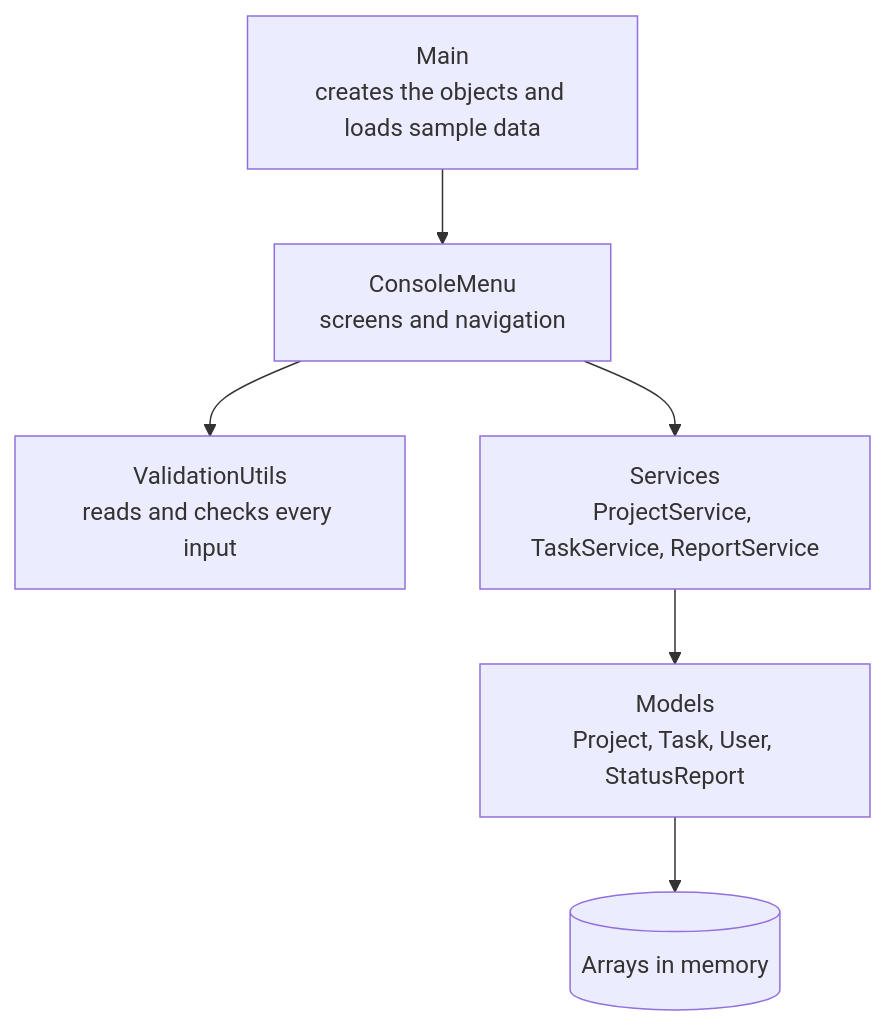
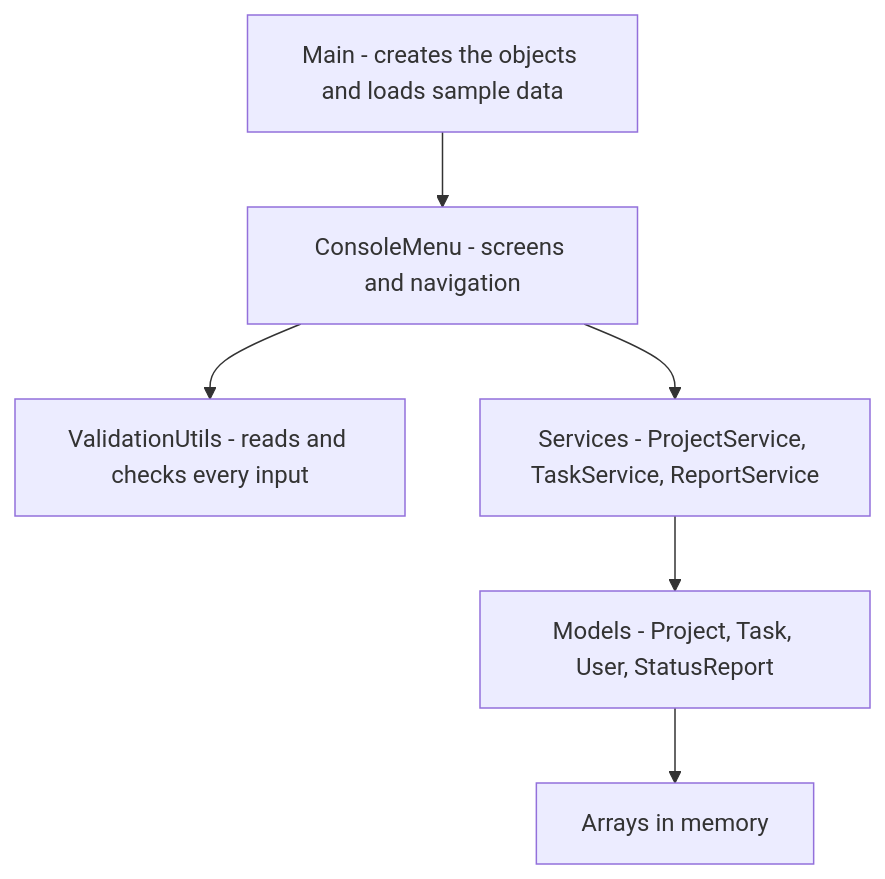
The first of 6 diagrams in README.md (josephus-mupanda/task-management-system-v2), drawn with Mermaid before and after one commit. The commit also changed other lines of this file and 1 other file, not shown here.

Commit message:
docs: simplify diagrams for github rendering

````diff
--- a/README.md
+++ b/README.md
@@ -43,8 +43,8 @@
 ```mermaid
 flowchart TD
-    A["Main<br/>creates the objects and loads sample data"] --> B["ConsoleMenu<br/>screens and navigation"]
-    B --> C["ValidationUtils<br/>reads and checks every input"]
-    B --> D["Services<br/>ProjectService, TaskService, ReportService"]
-    D --> E["Models<br/>Project, Task, User, StatusReport"]
-    E --> F[("Arrays in memory")]
+    A["Main - creates the objects and loads sample data"] --> B["ConsoleMenu - screens and navigation"]
+    B --> C["ValidationUtils - reads and checks every input"]
+    B --> D["Services - ProjectService, TaskService, ReportService"]
+    D --> E["Models - Project, Task, User, StatusReport"]
+    E --> F["Arrays in memory"]
 ```
````
